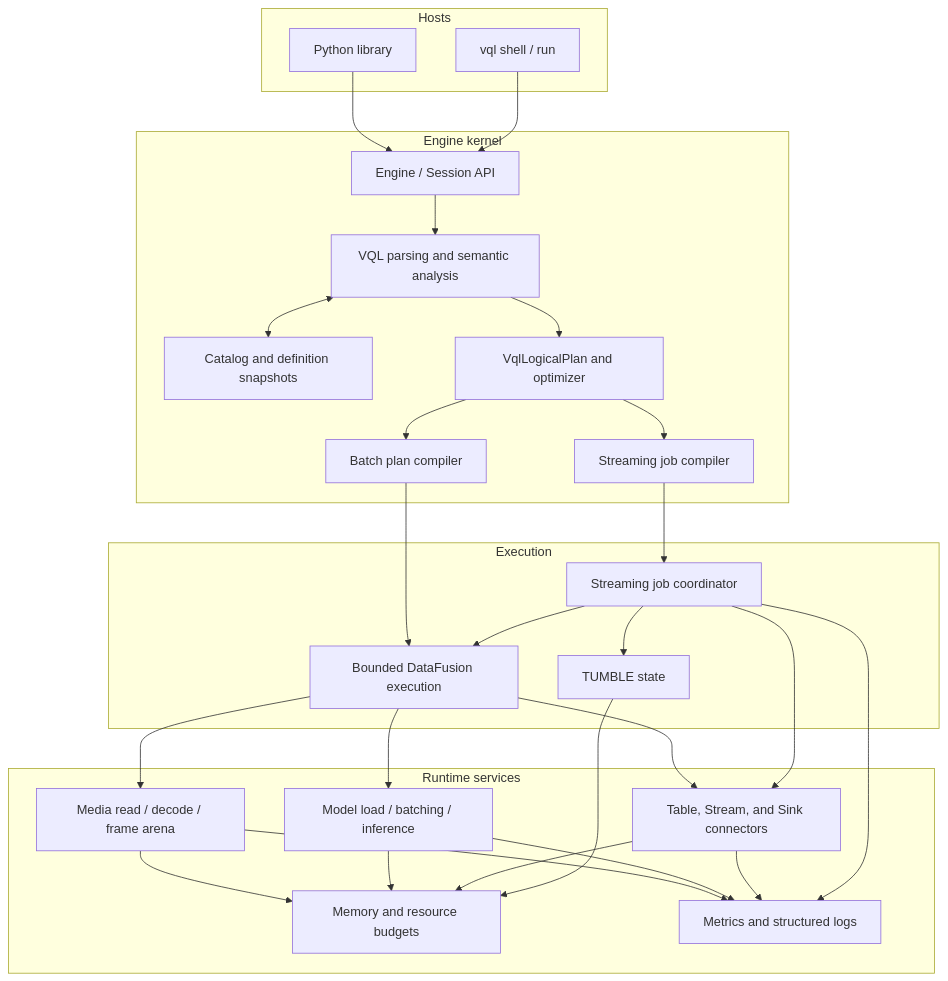
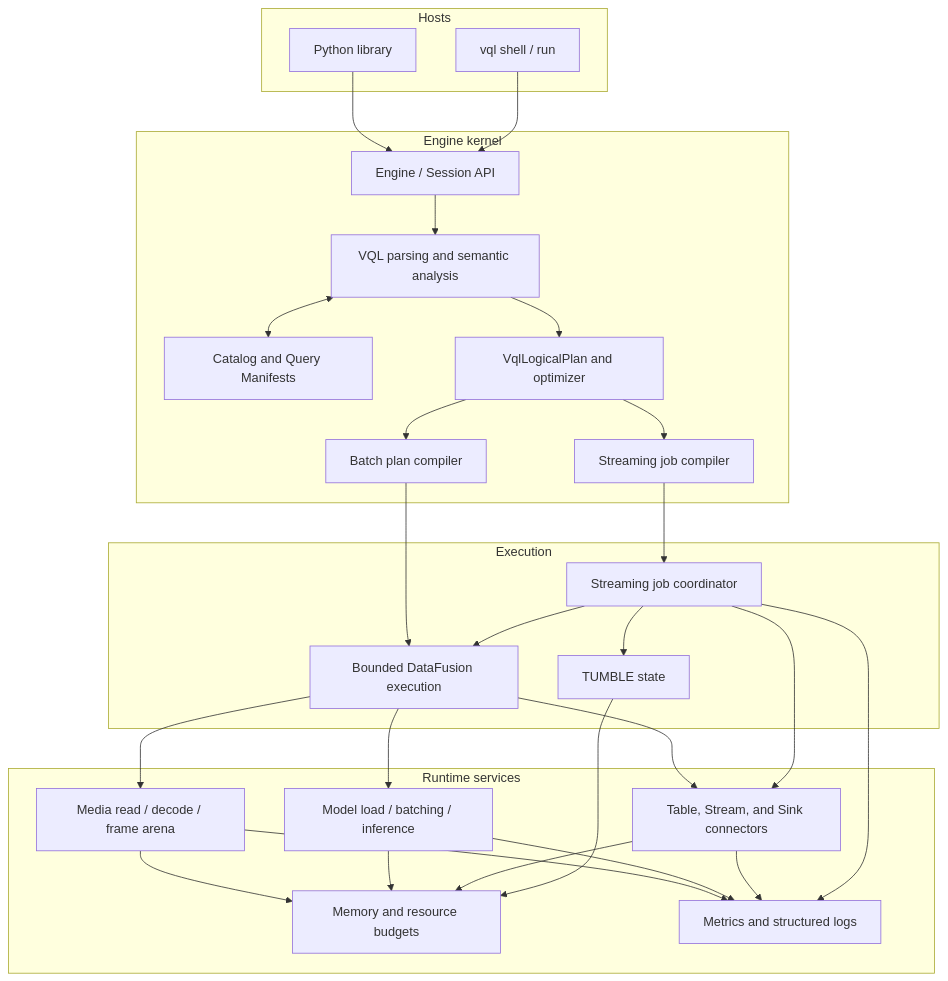
Before and after one commit to zhenlohuang/visionql: the first of 2 diagrams in docs/design.md, drawn with Mermaid. The commit also changed other lines of this file and 49 other files, not shown here.

````diff
--- a/docs/design.md
+++ b/docs/design.md
@@ -76,44 +76,44 @@
 ```mermaid
 flowchart TB
     subgraph HOSTS["Hosts"]
         PY["Python library"]
         CLI["vql shell / run"]
     end
 
     subgraph CORE["Engine kernel"]
         ENTRY["Engine / Session API"]
         SQL["VQL parsing and semantic analysis"]
-        CAT["Catalog and definition snapshots"]
+        CAT["Catalog and Query Manifests"]
         PLAN["VqlLogicalPlan and optimizer"]
         BCOMP["Batch plan compiler"]
         SCOMP["Streaming job compiler"]
     end
 
     subgraph EXECUTION["Execution"]
         DF["Bounded DataFusion execution"]
         COORD["Streaming job coordinator"]
         STATE["TUMBLE state"]
     end
 
     subgraph RUNTIME["Runtime services"]
         MEDIA["Media read / decode / frame arena"]
         MODELS["Model load / batching / inference"]
         CONNECTORS["Table, Stream, and Sink connectors"]
         BUDGET["Memory and resource budgets"]
         METRICS["Metrics and structured logs"]
     end
 
     PY --> ENTRY
     CLI --> ENTRY
     ENTRY --> SQL
     SQL <--> CAT
     SQL --> PLAN
     PLAN --> BCOMP --> DF
     PLAN --> SCOMP --> COORD
     COORD --> DF
     COORD --> STATE
     DF --> MEDIA & MODELS & CONNECTORS
     COORD --> CONNECTORS
     MEDIA & MODELS & CONNECTORS & STATE --> BUDGET
     MEDIA & MODELS & CONNECTORS & COORD --> METRICS
 ```
````
